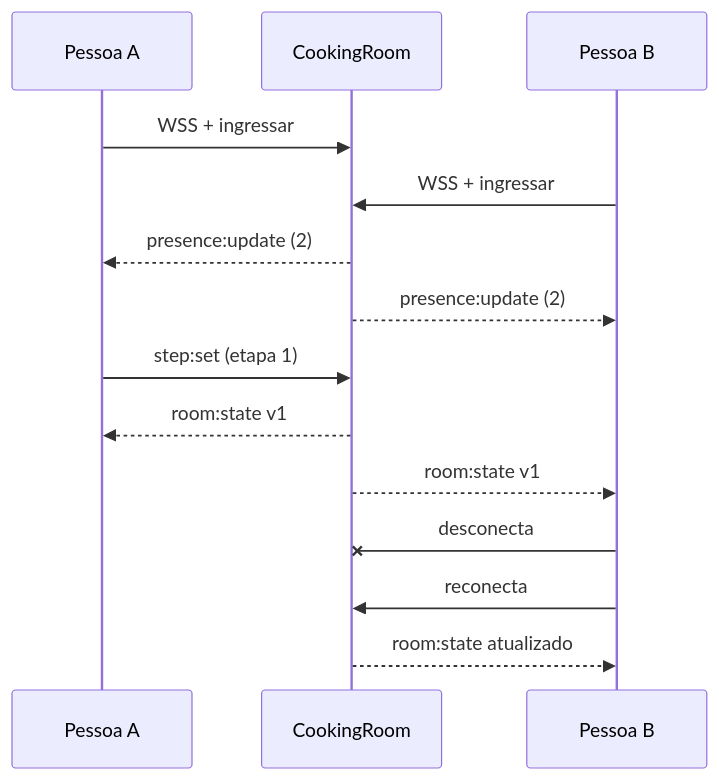
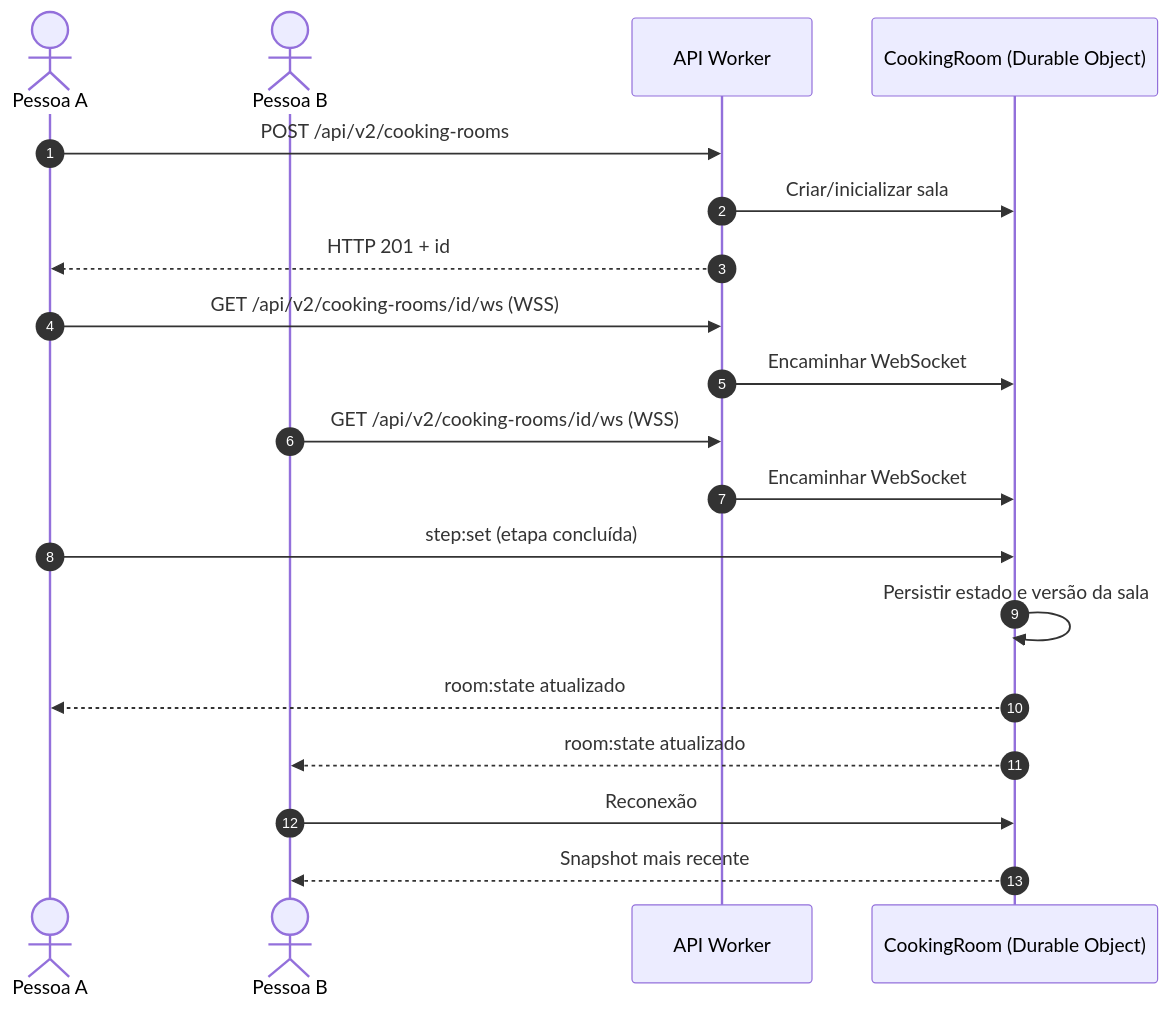
One commit to pitado/receitando changed the sixth of 7 diagrams in docs/system-design-fase4.md. Above: the diagram before and after it, drawn with Mermaid. The commit also changed other lines of this file and 3 other files, not shown here.

Commit message:
docs: System Design visual com 7 diagramas e justificativas objetivas

````diff
--- a/docs/system-design-fase4.md
+++ b/docs/system-design-fase4.md
@@ -112,16 +161,22 @@
 ```mermaid
 sequenceDiagram
-  participant A as Pessoa A
-  participant DO as CookingRoom
-  participant B as Pessoa B
-  A->>DO: WSS + ingressar
-  B->>DO: WSS + ingressar
-  DO-->>A: presence:update (2)
-  DO-->>B: presence:update (2)
-  A->>DO: step:set (etapa 1)
-  DO-->>A: room:state v1
-  DO-->>B: room:state v1
-  B-xDO: desconecta
-  B->>DO: reconecta
-  DO-->>B: room:state atualizado
+    autonumber
+    actor A as Pessoa A
+    actor B as Pessoa B
+    participant API as API Worker
+    participant DO as CookingRoom (Durable Object)
+
+    A->>API: POST /api/v2/cooking-rooms
+    API->>DO: Criar/inicializar sala
+    API-->>A: HTTP 201 + id
+    A->>API: GET /api/v2/cooking-rooms/id/ws (WSS)
+    API->>DO: Encaminhar WebSocket
+    B->>API: GET /api/v2/cooking-rooms/id/ws (WSS)
+    API->>DO: Encaminhar WebSocket
+    A->>DO: step:set (etapa concluída)
+    DO->>DO: Persistir estado e versão da sala
+    DO-->>A: room:state atualizado
+    DO-->>B: room:state atualizado
+    B->>DO: Reconexão
+    DO-->>B: Snapshot mais recente
 ```
````
